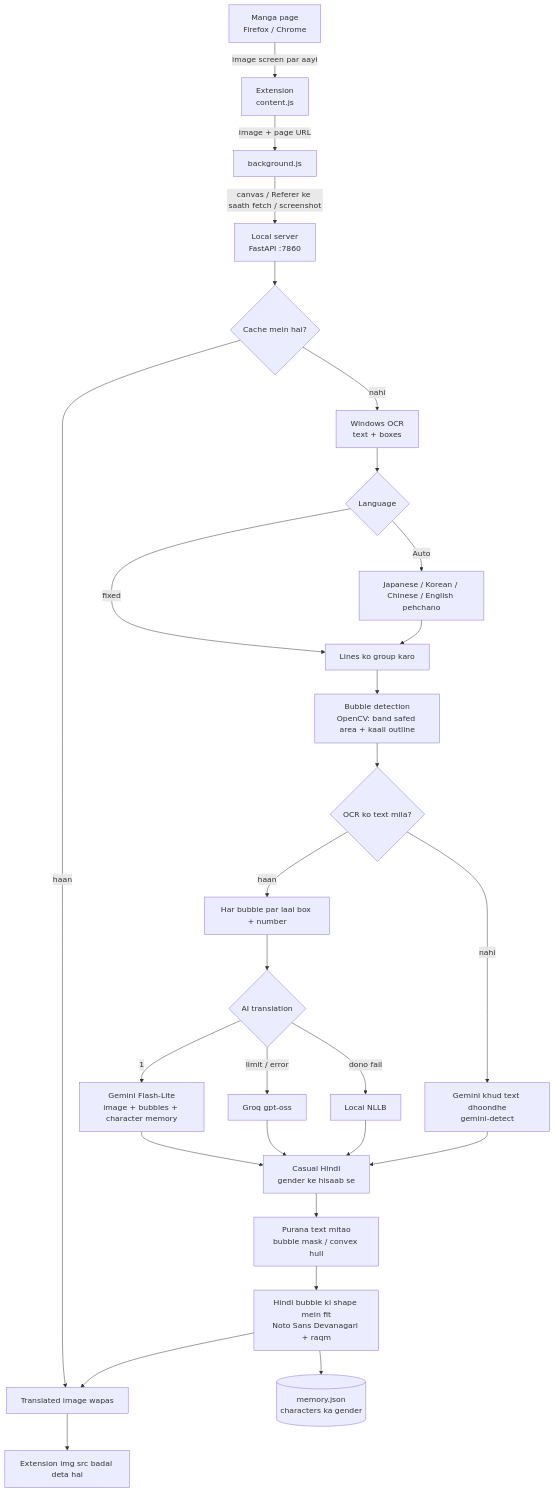
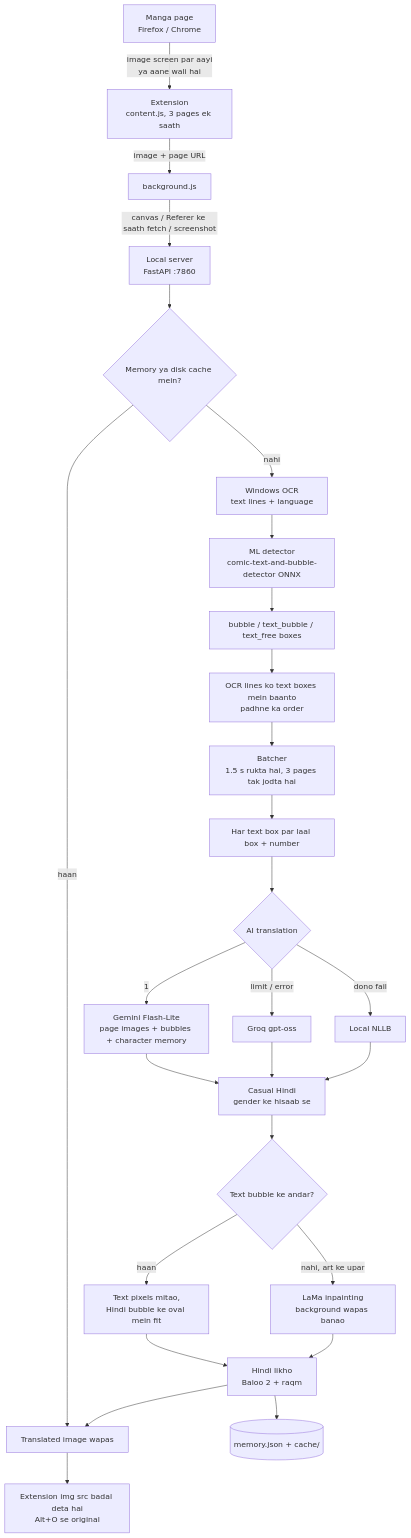
The diagram in README.hinglish.md (jitendra205saini/Manga-Translator), drawn with Mermaid before and after one commit. The commit also changed other lines of this file and 21 other files, not shown here.

Commit message:
v2.0: ML bubble detector, LaMa inpainting, multi-page batching, disk cache, Baloo 2 font, Original/Hindi toggle, MIT license

````diff
--- a/README.hinglish.md
+++ b/README.hinglish.md
@@ -50,35 +65,33 @@
 ```mermaid
 flowchart TD
-    A[Manga page<br/>Firefox / Chrome] -->|image screen par aayi| B[Extension<br/>content.js]
+    A[Manga page<br/>Firefox / Chrome] -->|image screen par aayi<br/>ya aane wali hai| B[Extension<br/>content.js, 3 pages ek saath]
     B -->|image + page URL| C[background.js]
     C -->|canvas / Referer ke saath fetch / screenshot| D[Local server<br/>FastAPI :7860]
 
-    D --> E{Cache mein hai?}
+    D --> E{Memory ya disk cache mein?}
     E -->|haan| R[Translated image wapas]
-    E -->|nahi| F[Windows OCR<br/>text + boxes]
+    E -->|nahi| F[Windows OCR<br/>text lines + language]
 
-    F --> G{Language}
-    G -->|Auto| G1[Japanese / Korean / Chinese / English pehchano]
-    G -->|fixed| H
-    G1 --> H[Lines ko group karo]
+    F --> G[ML detector<br/>comic-text-and-bubble-detector ONNX]
+    G --> G1[bubble / text_bubble / text_free boxes]
+    G1 --> H[OCR lines ko text boxes mein baanto<br/>padhne ka order]
 
-    H --> I[Bubble detection<br/>OpenCV: band safed area + kaali outline]
-    I --> J{OCR ko text mila?}
-    J -->|nahi| K[Gemini khud text dhoondhe<br/>gemini-detect]
-    J -->|haan| L[Har bubble par laal box + number]
-
+    H --> I[Batcher<br/>1.5 s rukta hai, 3 pages tak jodta hai]
+    I --> L[Har text box par laal box + number]
     L --> M{AI translation}
-    M -->|1| M1[Gemini Flash-Lite<br/>image + bubbles + character memory]
+    M -->|1| M1[Gemini Flash-Lite<br/>page images + bubbles + character memory]
     M -->|limit / error| M2[Groq gpt-oss]
     M -->|dono fail| M3[Local NLLB]
     M1 --> N
     M2 --> N
     M3 --> N
-    K --> N
 
-    N[Casual Hindi<br/>gender ke hisaab se] --> O[Purana text mitao<br/>bubble mask / convex hull]
-    O --> P[Hindi bubble ki shape mein fit<br/>Noto Sans Devanagari + raqm]
-    P --> Q[(memory.json<br/>characters ka gender)]
+    N[Casual Hindi<br/>gender ke hisaab se] --> O{Text bubble ke andar?}
+    O -->|haan| O1[Text pixels mitao,<br/>Hindi bubble ke oval mein fit]
+    O -->|nahi, art ke upar| O2[LaMa inpainting<br/>background wapas banao]
+    O1 --> P[Hindi likho<br/>Baloo 2 + raqm]
+    O2 --> P
+    P --> Q[(memory.json + cache/)]
     P --> R
-    R --> S[Extension img src badal deta hai]
+    R --> S[Extension img src badal deta hai<br/>Alt+O se original]
 ```
````
